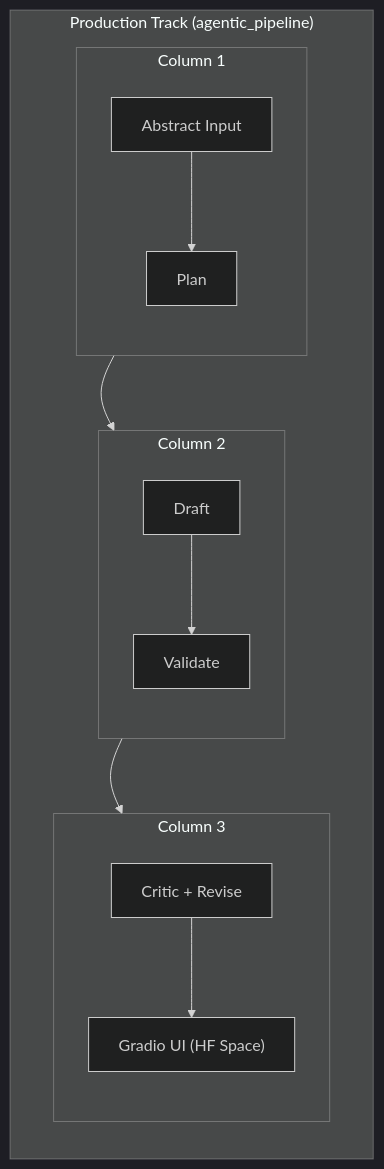
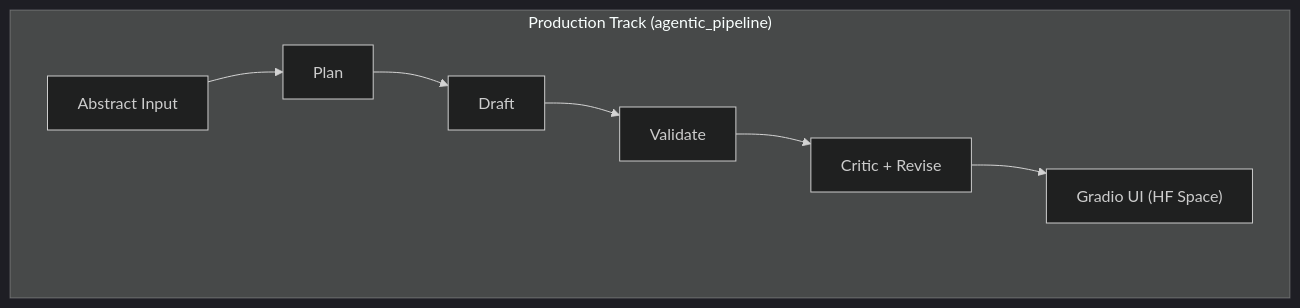
Before and after one commit to daspushpita/MiniAstroGPT: the second of 2 diagrams in README.md, drawn with Mermaid (dark theme). The commit also changed other lines of this file, not shown here.

````diff
--- a/README.md
+++ b/README.md
@@ -119,28 +107,16 @@
 ```mermaid
-flowchart TB
+flowchart LR
   subgraph P["Production Track (agentic_pipeline)"]
-    direction TB
+    direction LR
 
-    subgraph P1["Column 1"]
-      direction TB
-      X["Abstract Input"] --> Y["Plan"]
-    end
-
-    subgraph P2["Column 2"]
-      direction TB
-      Z["Draft"] --> U["Validate"]
-    end
-
-    subgraph P3["Column 3"]
-      direction TB
-      V["Critic + Revise"] --> W["Gradio UI (HF Space)"]
-    end
+    X["Abstract Input"] --> Y["Plan"]
+    Z["Draft"] --> U["Validate"]
+    V["Critic + Revise"] --> W["Gradio UI (HF Space)"]
 
     Y --> Z
     U --> V
-    X ~~~ Z
-    Z ~~~ V
-    Y ~~~ U
-    U ~~~ W
+
+    X ~~~ Z ~~~ V
+    Y ~~~ U ~~~ W
   end
 ```
````
